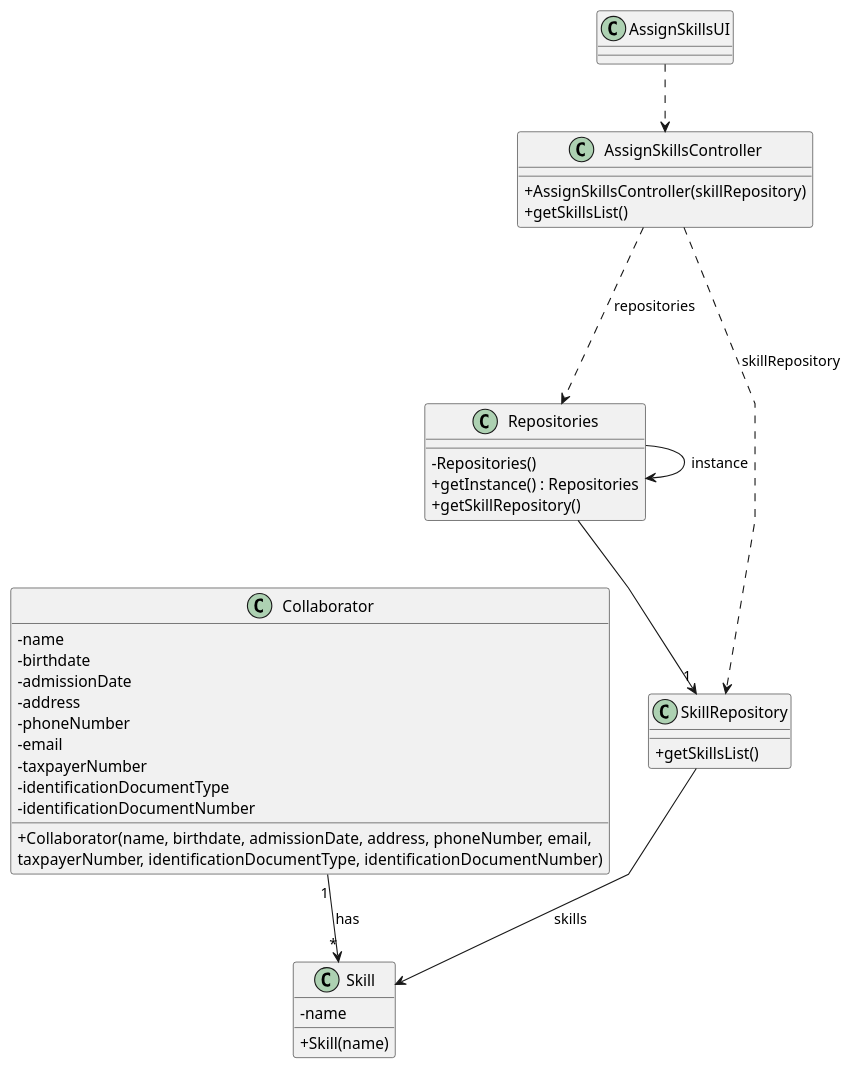
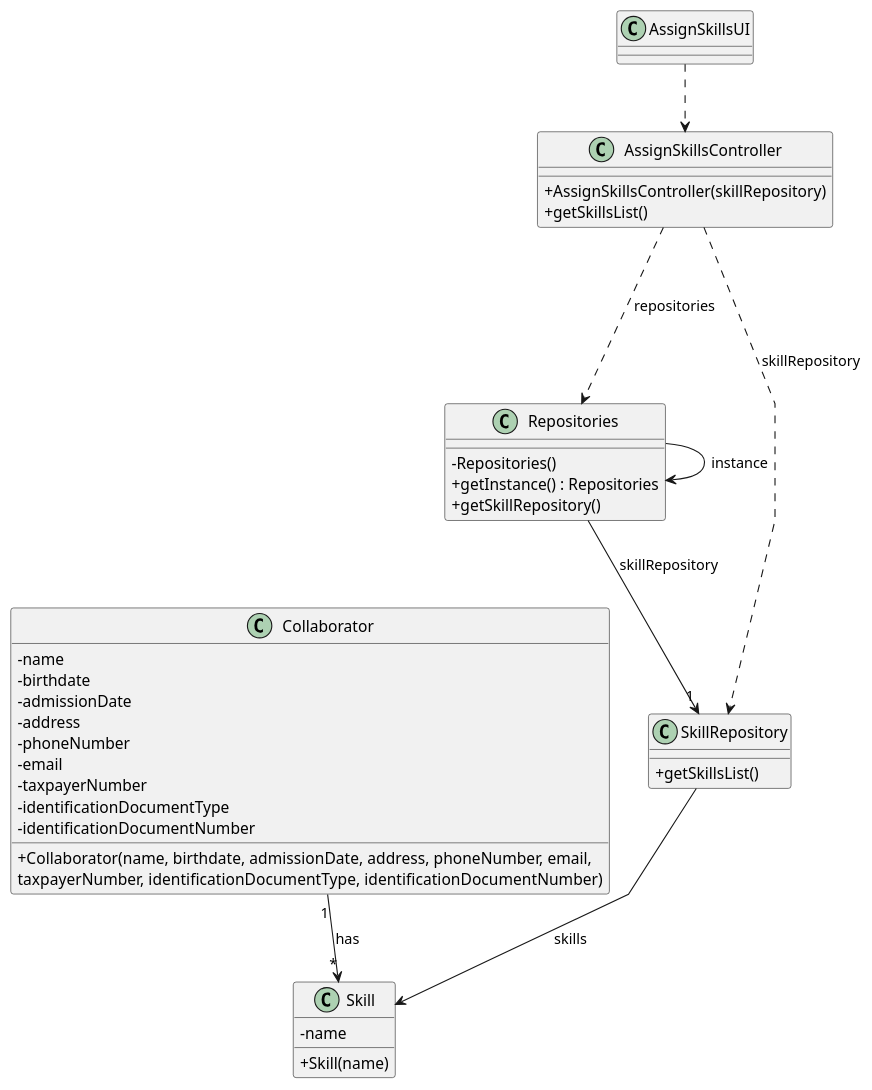
The diagram in docs/sprintB/us004/03.design/puml/us004-class-diagram.puml (Departamento-de-Engenharia-Informatica/lei-24-s2-1dm-g132), drawn with PlantUML before and after one commit. The commit also changed 1 other file, not shown here.

```diff
--- a/docs/sprintB/us004/03.design/puml/us004-class-diagram.puml
+++ b/docs/sprintB/us004/03.design/puml/us004-class-diagram.puml
@@ -1,61 +1,61 @@
 @startuml
 'skinparam monochrome true
 skinparam packageStyle rectangle
 skinparam shadowing false
 skinparam linetype polyline
 'skinparam linetype orto
 
 skinparam classAttributeIconSize 0
 
 'left to right direction
 
 class Skill
 {
     - name
     + Skill(name)
 }
 
 class Collaborator {
     - name
     - birthdate
     - admissionDate
     - address
     - phoneNumber
     - email
     - taxpayerNumber
     - identificationDocumentType
     - identificationDocumentNumber
     + Collaborator(name, birthdate, admissionDate, address, phoneNumber, email, \ntaxpayerNumber, identificationDocumentType, identificationDocumentNumber)
 }
 
 class AssignSkillsController {
     + AssignSkillsController(skillRepository)
     + getSkillsList()
 }
 
 class AssignSkillsUI {
 }
 
 class Repositories {
     - Repositories()
     + getInstance() : Repositories
     + getSkillRepository()
 }
 
 class SkillRepository {
     + getSkillsList()
 }
 
 
 Collaborator "1" --> "*" Skill: has
 AssignSkillsUI ..> AssignSkillsController
 AssignSkillsController ...> Repositories: repositories
 AssignSkillsController ..> SkillRepository: skillRepository
 
 Repositories -> Repositories : instance
-Repositories --> "1" SkillRepository
+Repositories --> "1" SkillRepository: skillRepository
 
 SkillRepository --> Skill: skills
 
 
 @enduml
```
